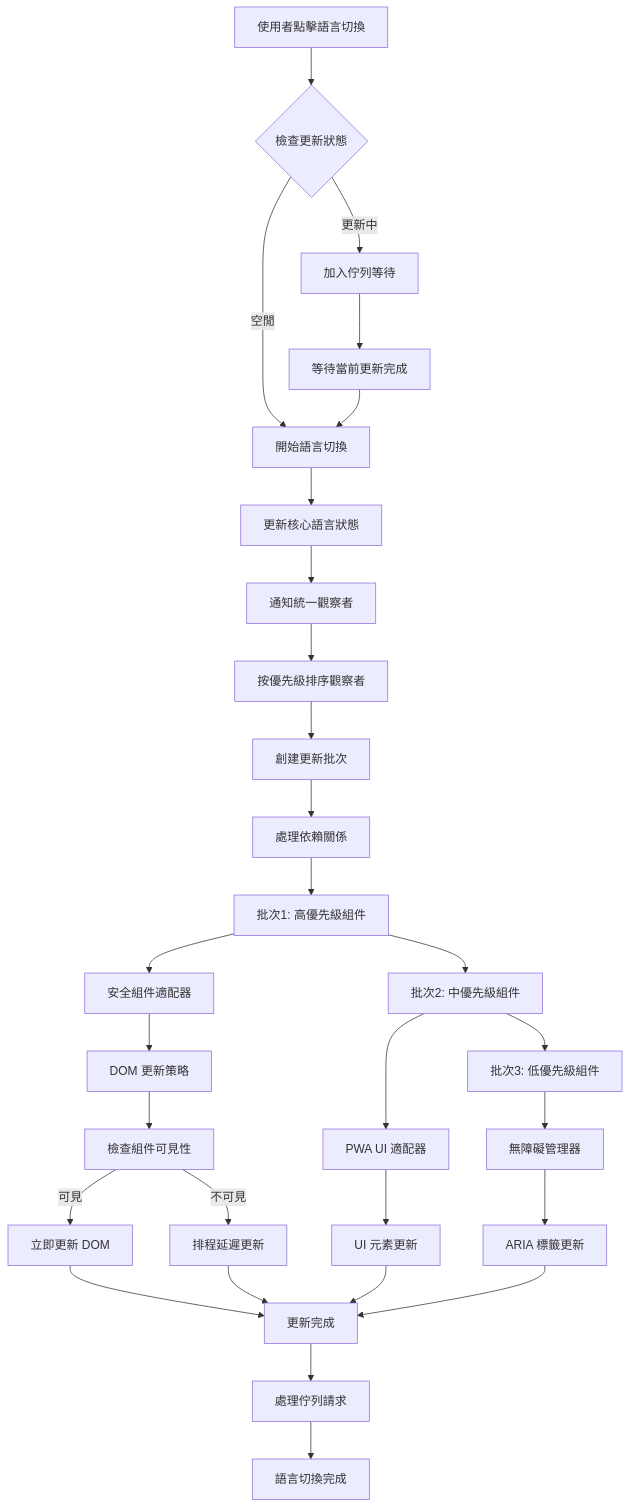
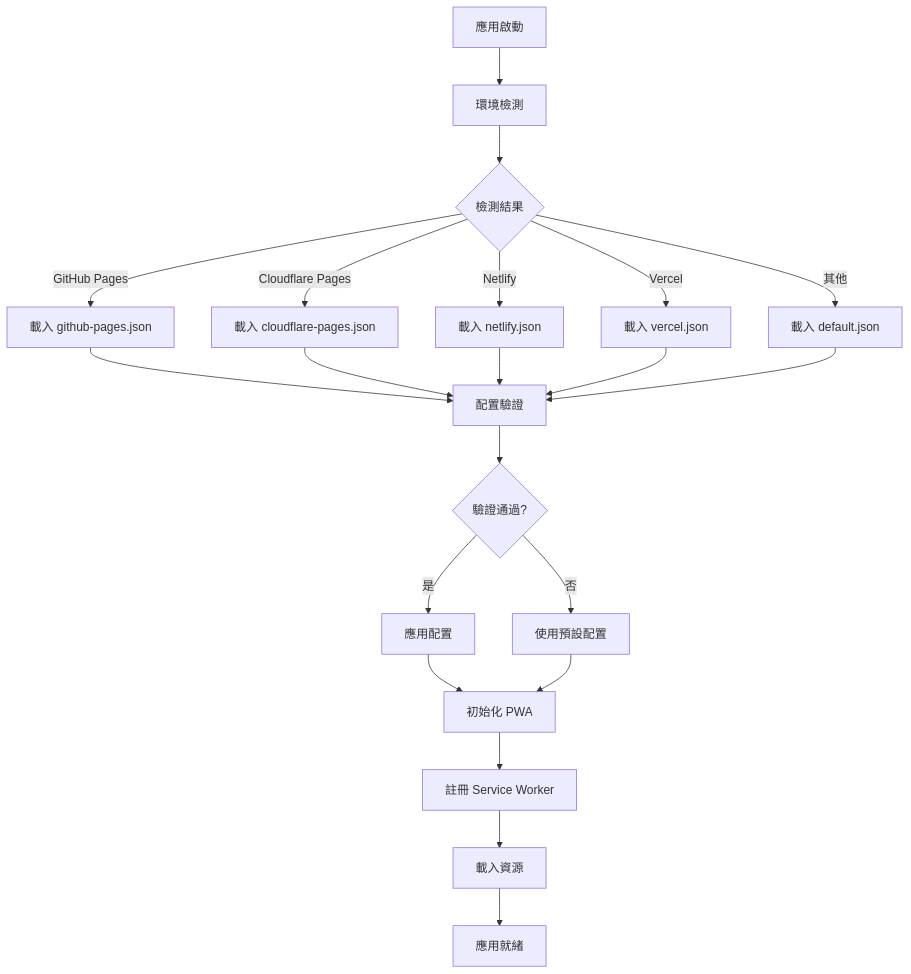
Before and after one commit to iim0663418/DB-Card: the third of 4 diagrams in docs/design.md, drawn with Mermaid. The commit also changed other lines of this file and 319 other files, not shown here.

````diff
--- a/docs/design.md
+++ b/docs/design.md
@@ -1200,40 +1158,28 @@
 ```mermaid
 flowchart TD
-    A[使用者點擊語言切換] --> B{檢查更新狀態}
-    B -->|更新中| C[加入佇列等待]
-    B -->|空閒| D[開始語言切換]
+    A[應用啟動] --> B[環境檢測]
+    B --> C{檢測結果}
     
-    D --> E[更新核心語言狀態]
-    E --> F[通知統一觀察者]
+    C -->|GitHub Pages| D[載入 github-pages.json]
+    C -->|Cloudflare Pages| E[載入 cloudflare-pages.json]
+    C -->|Netlify| F[載入 netlify.json]
+    C -->|Vercel| G[載入 vercel.json]
+    C -->|其他| H[載入 default.json]
     
-    F --> G[按優先級排序觀察者]
-    G --> H[創建更新批次]
-    H --> I[處理依賴關係]
+    D --> I[配置驗證]
+    E --> I
+    F --> I
+    G --> I
+    H --> I
     
-    I --> J[批次1: 高優先級組件]
-    J --> K[批次2: 中優先級組件]
-    K --> L[批次3: 低優先級組件]
+    I --> J{驗證通過?}
+    J -->|是| K[應用配置]
+    J -->|否| L[使用預設配置]
     
-    J --> M[安全組件適配器]
-    K --> N[PWA UI 適配器]
-    L --> O[無障礙管理器]
+    K --> M[初始化 PWA]
+    L --> M
     
-    M --> P[DOM 更新策略]
-    N --> Q[UI 元素更新]
-    O --> R[ARIA 標籤更新]
-    
-    P --> S[檢查組件可見性]
-    S -->|可見| T[立即更新 DOM]
-    S -->|不可見| U[排程延遲更新]
-    
-    T --> V[更新完成]
-    U --> V
-    Q --> V
-    R --> V
-    
-    V --> W[處理佇列請求]
-    W --> X[語言切換完成]
-    
-    C --> Y[等待當前更新完成]
-    Y --> D
+    M --> N[註冊 Service Worker]
+    N --> O[載入資源]
+    O --> P[應用就緒]
 ```
````
